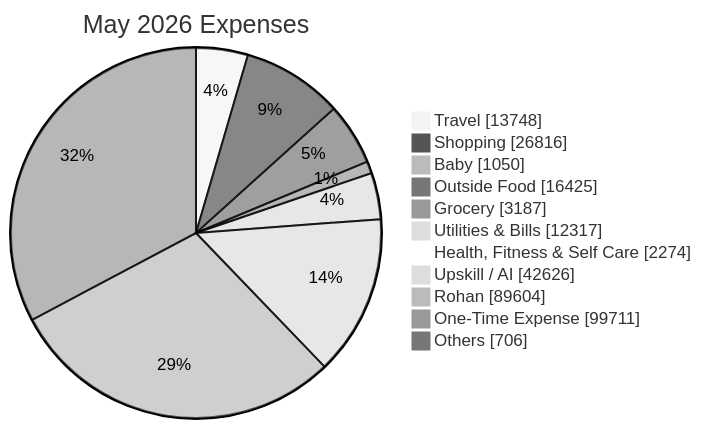
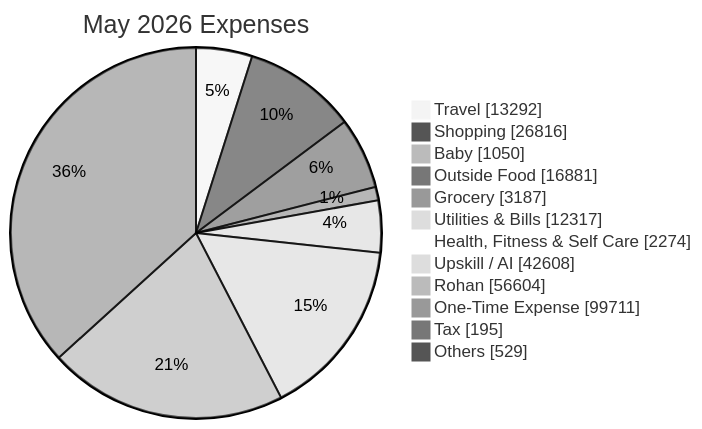
One commit to sachin-hg/expense-reporter changed the second of 2 diagrams in reports/2026-05.md. Above: the diagram before and after it, drawn with Mermaid (neutral theme). The commit also changed other lines of this file and 8 other files, not shown here.

````diff
--- a/reports/2026-05.md
+++ b/reports/2026-05.md
@@ -48,15 +48,16 @@
 ```mermaid
 pie showData
     title May 2026 Expenses
-    "Travel" : 13748
+    "Travel" : 13292
     "Shopping" : 26816
     "Baby" : 1050
-    "Outside Food" : 16425
+    "Outside Food" : 16881
     "Grocery" : 3187
     "Utilities & Bills" : 12317
     "Health, Fitness & Self Care" : 2274
-    "Upskill / AI" : 42626
-    "Rohan" : 89604
+    "Upskill / AI" : 42608
+    "Rohan" : 56604
     "One-Time Expense" : 99711
-    "Others" : 706
+    "Tax" : 195
+    "Others" : 529
 ```
````
